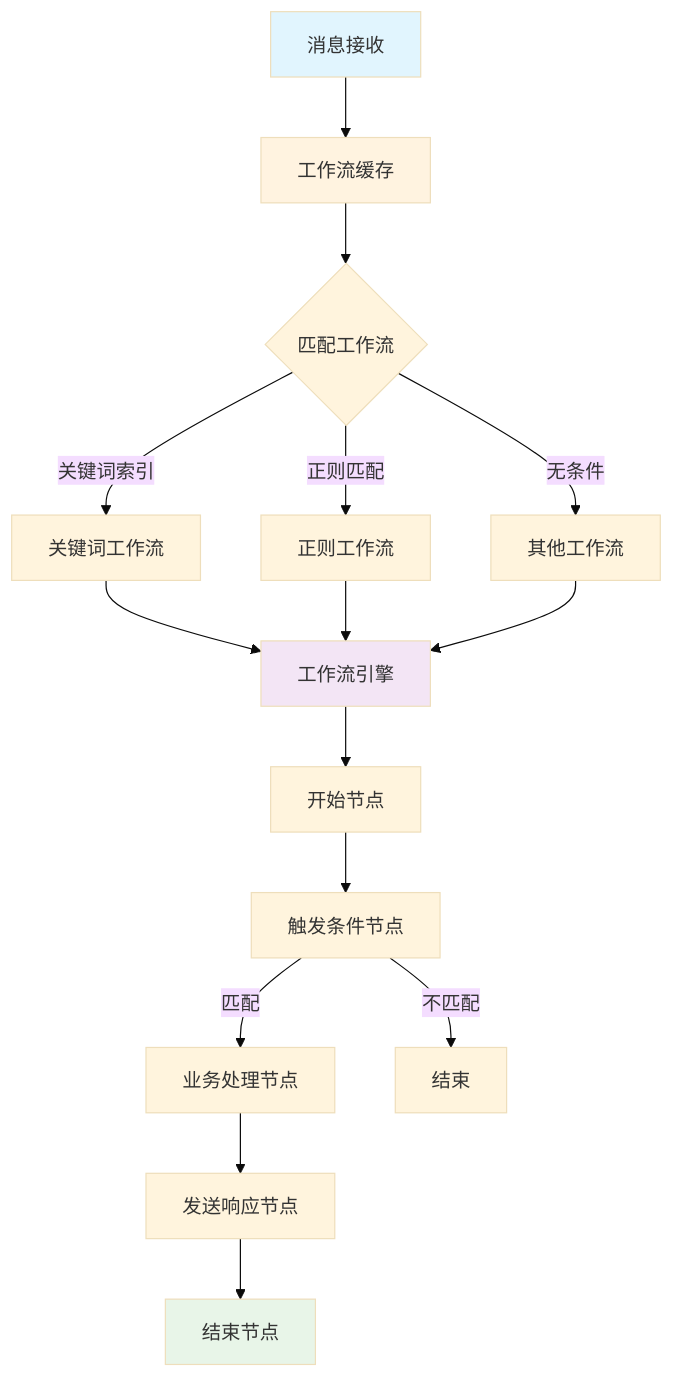
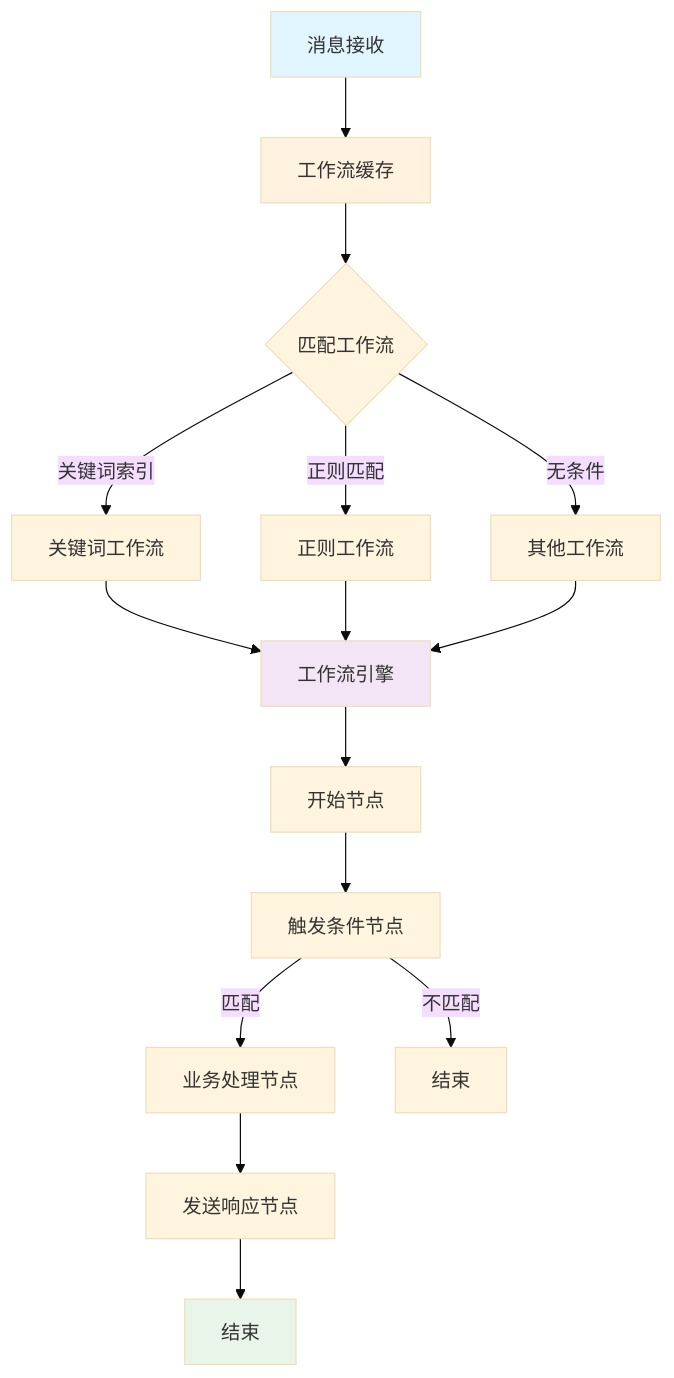
The first of 2 diagrams in BluePrints/docs/docs/workflow-development.md (Yixuan997/WebBot), drawn with Mermaid (base theme) before and after one commit. The commit also changed other lines of this file and 19 other files, not shown here.

````diff
--- a/BluePrints/docs/docs/workflow-development.md
+++ b/BluePrints/docs/docs/workflow-development.md
@@ -47,24 +47,24 @@
 ```mermaid
 graph TB
     A[消息接收] --> B[工作流缓存]
     B --> C{匹配工作流}
     C -->|关键词索引| D[关键词工作流]
     C -->|正则匹配| E[正则工作流]
     C -->|无条件| F[其他工作流]
     
     D --> G[工作流引擎]
     E --> G
     F --> G
     
     G --> H[开始节点]
     H --> I[触发条件节点]
     I -->|匹配| J[业务处理节点]
     I -->|不匹配| K[结束]
     J --> L[发送响应节点]
-    L --> M[结束节点]
+    L --> M[结束]
     
     style A fill:#e1f5fe
     style B fill:#fff3e0
     style G fill:#f3e5f5
     style M fill:#e8f5e8
 ```
````
